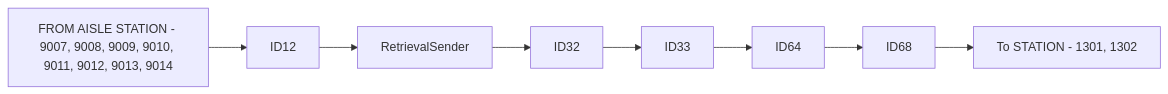
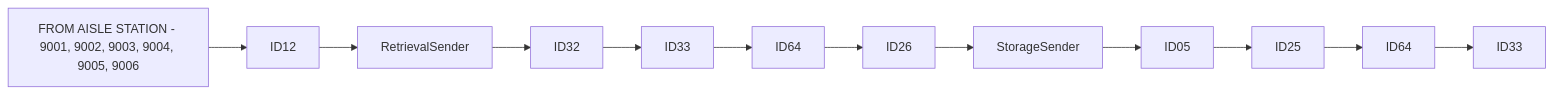
The first of 3 diagrams in Basic-Design/DFD-WMS/Retrieval/Transfer-Setting/Tempering-to-Ambient.md (luthfiadityaa/SimeDarby-Wiki), drawn with Mermaid before and after one commit. The commit also changed other lines of this file, not shown here.

```diff
--- a/Basic-Design/DFD-WMS/Retrieval/Transfer-Setting/Tempering-to-Ambient.md
+++ b/Basic-Design/DFD-WMS/Retrieval/Transfer-Setting/Tempering-to-Ambient.md
@@ -16,5 +8,5 @@
 ::: mermaid
 flowchart LR
   
-P1[FROM AISLE STATION - 9007, 9008, 9009, 9010, 9011, 9012, 9013, 9014]-->P2[ID12]-->P3[RetrievalSender]-->P4[ID32]-->P5[ID33]-->P6[ID64]-->P7[ID68]-->P8[To STATION - 1301, 1302]
+P1[FROM AISLE STATION - 9001, 9002, 9003, 9004, 9005, 9006]-->P2[ID12]-->P3[RetrievalSender]-->P4[ID32]-->P5[ID33]-->P6[ID64]-->P7[ID26]-->P8[StorageSender]-->P9[ID05]-->P10[ID25]-->P11[ID64]-->P12[ID33]
 :::
```
